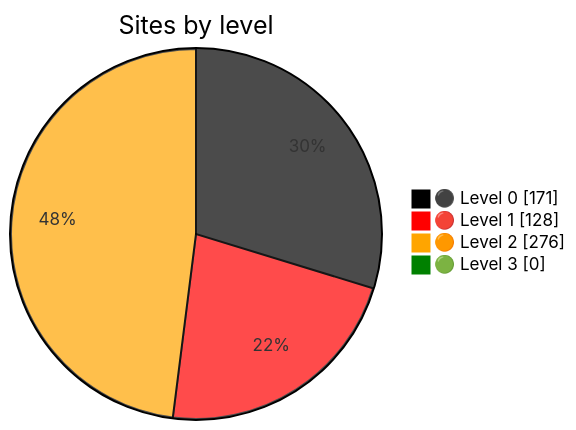
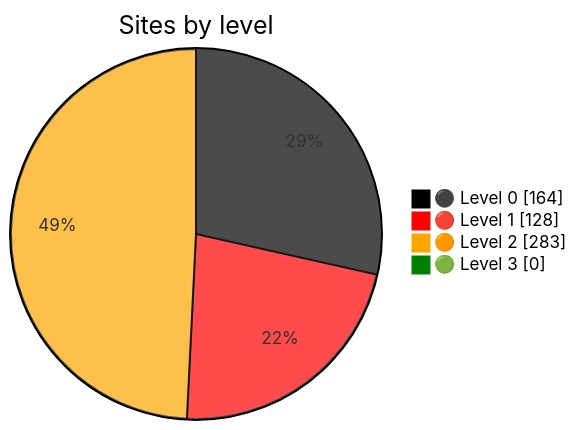
The diagram in README.md (nuuuwan/gov_lk_web_auditor), drawn with Mermaid before and after one commit. The commit also changed other lines of this file and 2612 other files, not shown here.

````diff
--- a/README.md
+++ b/README.md
@@ -24,9 +24,9 @@
 ```mermaid
 %%{init: {"themeVariables":{"pie1":"black","pie2":"red","pie3":"orange","pie4":"green"}}}%%
 pie showData
     title Sites by level
-    "⚫ Level 0" : 171
+    "⚫ Level 0" : 164
     "🔴 Level 1" : 128
-    "🟠 Level 2" : 276
+    "🟠 Level 2" : 283
     "🟢 Level 3" : 0
 ```
````
